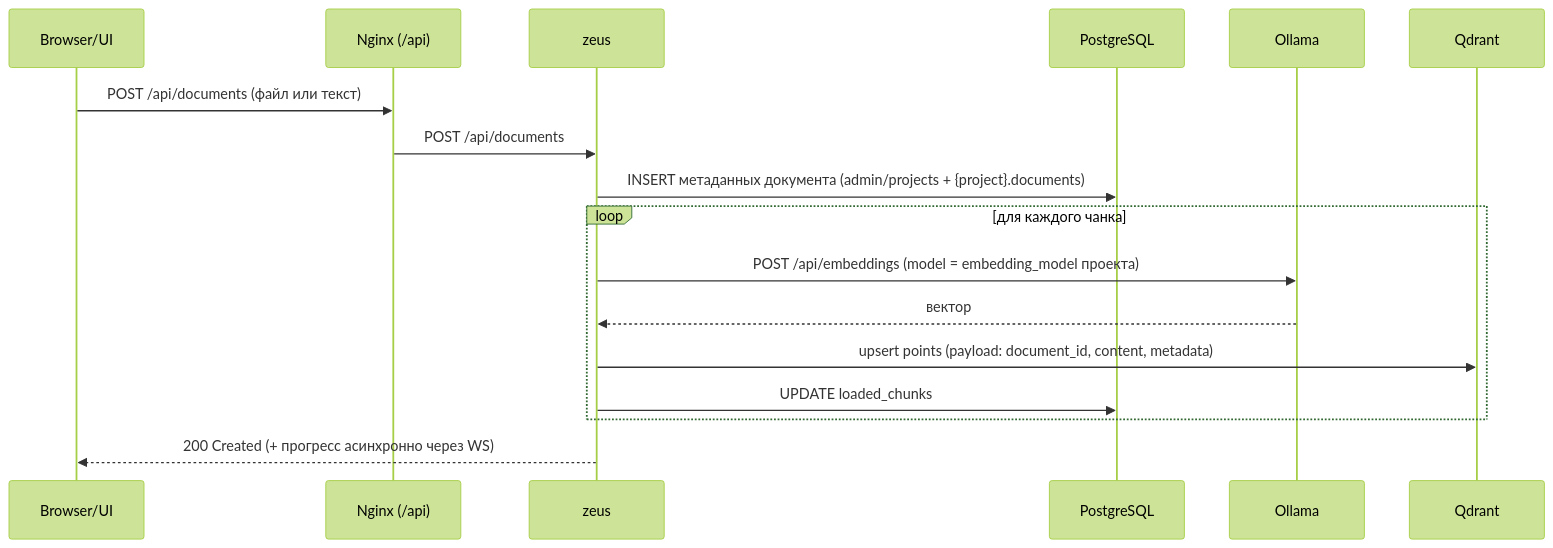
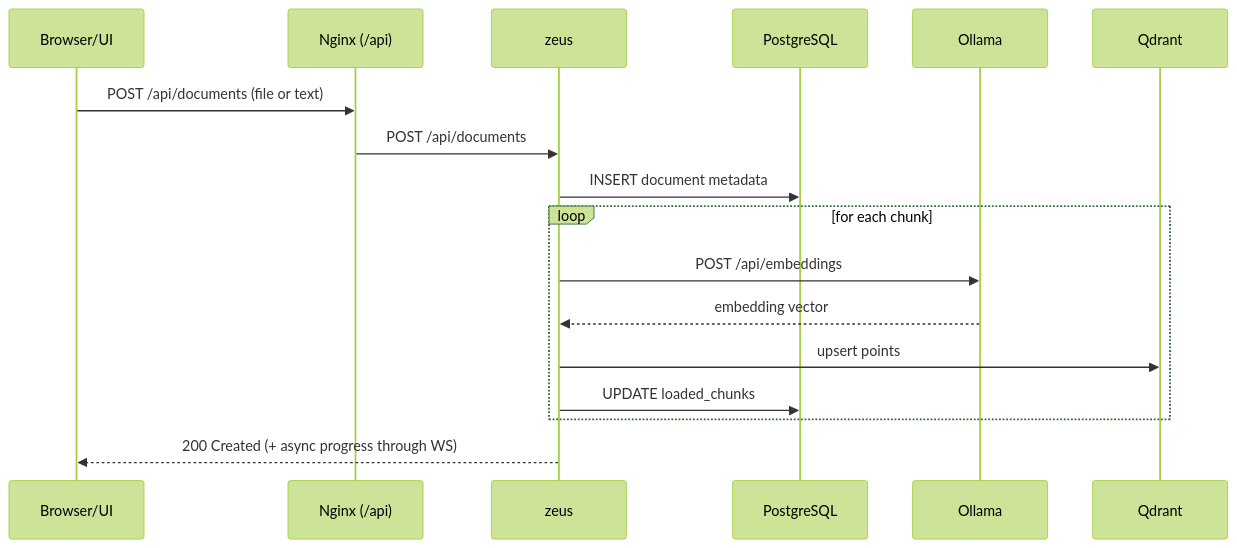
Before and after one commit to khvilon/ollamify: the second of 3 diagrams in docs/architecture.ru.md, drawn with Mermaid (forest theme). The commit also changed other lines of this file and 22 other files, not shown here.

````diff
--- a/docs/architecture.ru.md
+++ b/docs/architecture.ru.md
@@ -73,20 +75,20 @@
 ```mermaid
 sequenceDiagram
   participant UI as Browser/UI
   participant GW as Nginx (/api)
   participant Zeus as zeus
   participant PG as PostgreSQL
   participant Ollama as Ollama
   participant Q as Qdrant
 
-  UI->>GW: POST /api/documents (файл или текст)
+  UI->>GW: POST /api/documents (file or text)
   GW->>Zeus: POST /api/documents
-  Zeus->>PG: INSERT метаданных документа (admin/projects + {project}.documents)
-  loop для каждого чанка
-    Zeus->>Ollama: POST /api/embeddings (model = embedding_model проекта)
-    Ollama-->>Zeus: вектор
-    Zeus->>Q: upsert points (payload: document_id, content, metadata)
+  Zeus->>PG: INSERT document metadata
+  loop for each chunk
+    Zeus->>Ollama: POST /api/embeddings
+    Ollama-->>Zeus: embedding vector
+    Zeus->>Q: upsert points
     Zeus->>PG: UPDATE loaded_chunks
   end
-  Zeus-->>UI: 200 Created (+ прогресс асинхронно через WS)
+  Zeus-->>UI: 200 Created (+ async progress through WS)
 ```
````
